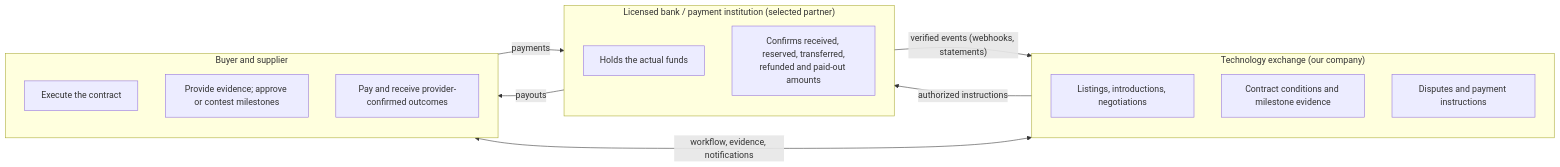
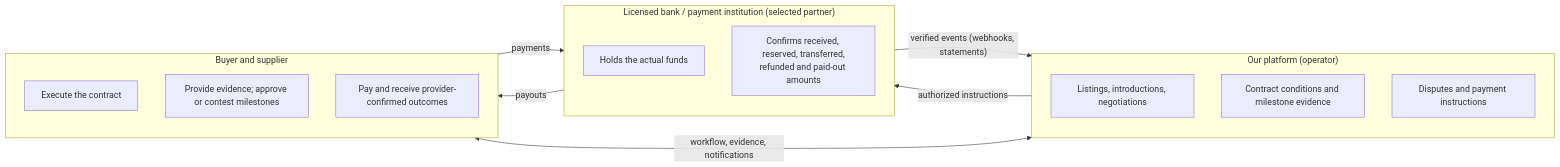
One commit to greensoft-atom/tex-platform changed the first of 9 diagrams in 08-china-operating-model.md. Above: the diagram before and after it, drawn with Mermaid. The commit also changed other lines of this file and 615 other files, not shown here.

````diff
--- a/08-china-operating-model.md
+++ b/08-china-operating-model.md
@@ -60,22 +69,22 @@
 ```mermaid
 flowchart LR
-    subgraph EXCH["Technology exchange (our company)"]
+    subgraph EXCH["Our platform (operator)"]
         E1["Listings, introductions, negotiations"]
         E2["Contract conditions and milestone evidence"]
         E3["Disputes and payment instructions"]
     end
     subgraph BANK["Licensed bank / payment institution (selected partner)"]
         B1["Holds the actual funds"]
         B2["Confirms received, reserved, transferred,<br/>refunded and paid-out amounts"]
     end
     subgraph PARTIES["Buyer and supplier"]
         P1["Execute the contract"]
         P2["Provide evidence; approve or contest milestones"]
         P3["Pay and receive provider-confirmed outcomes"]
     end
     PARTIES -->|"payments"| BANK
     EXCH -->|"authorized instructions"| BANK
     BANK -->|"verified events (webhooks, statements)"| EXCH
     BANK -->|"payouts"| PARTIES
     EXCH <-->|"workflow, evidence, notifications"| PARTIES
 ```
````
